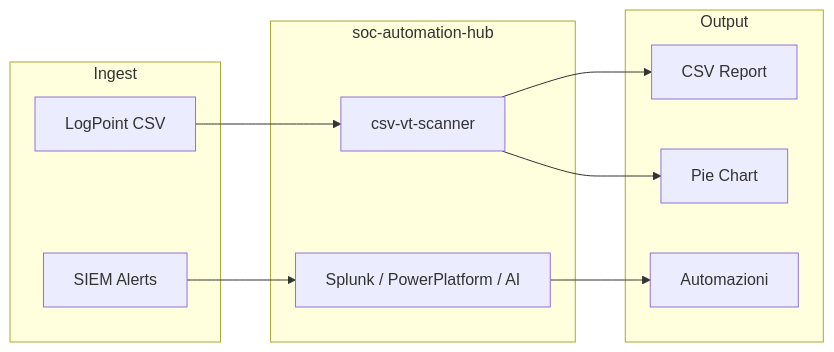
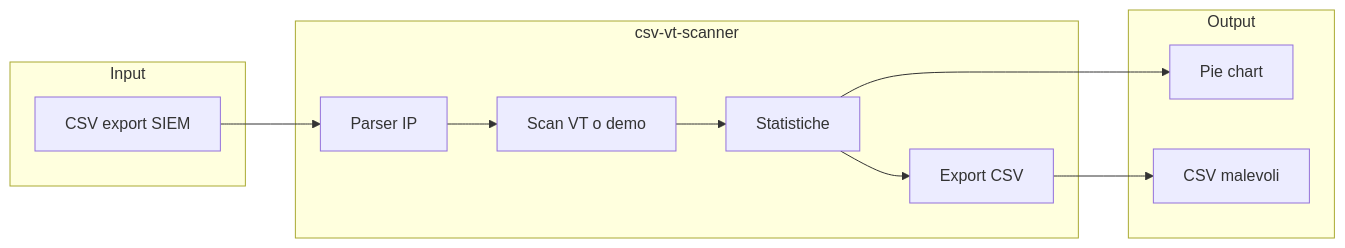
Before and after one commit to DarkGreen-projects/soc-automation-hub: the diagram in docs/architecture.md, drawn with Mermaid. The commit also changed other lines of this file and 11 other files, not shown here.

````diff
--- a/docs/architecture.md
+++ b/docs/architecture.md
@@ -7,21 +7,19 @@
 ```mermaid
 flowchart LR
-  subgraph ingest [Ingest]
-    CSV[LogPoint CSV]
-    SIEM[SIEM Alerts]
+  subgraph input [Input]
+    CSV[CSV export SIEM]
   end
-  subgraph hub [soc-automation-hub]
-    CsvVt[csv-vt-scanner]
-    Future[Splunk / PowerPlatform / AI]
+  subgraph csvVt [csv-vt-scanner]
+    Parse[Parser IP]
+    Scan[Scan VT o demo]
+    Stats[Statistiche]
+    Export[Export CSV]
   end
   subgraph output [Output]
-    Report[CSV Report]
-    Chart[Pie Chart]
-    Auto[Automazioni]
+    Chart[Pie chart]
+    MalCsv[CSV malevoli]
   end
-  CSV --> CsvVt
-  CsvVt --> Report
-  CsvVt --> Chart
-  SIEM --> Future
-  Future --> Auto
+  CSV --> Parse --> Scan --> Stats
+  Stats --> Chart
+  Stats --> Export --> MalCsv
 ```
````
